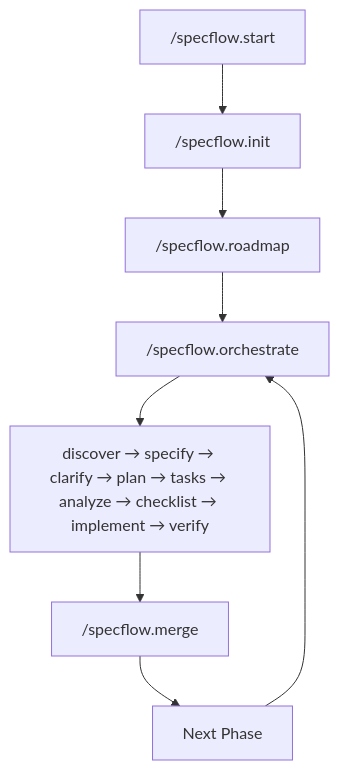
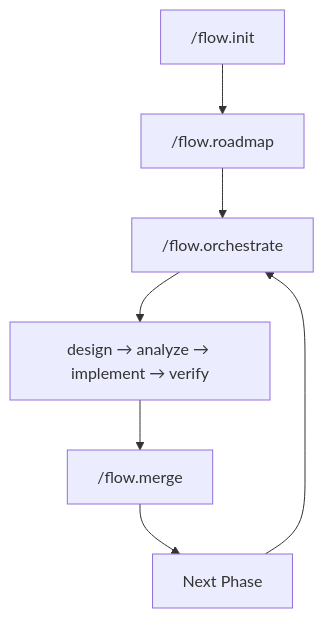
Before and after one commit to wiseyoda/claude-speckit-orchestration: the diagram in README.md, drawn with Mermaid. The commit also changed other lines of this file and 166 other files, not shown here.

````diff
--- a/README.md
+++ b/README.md
@@ -87,10 +92,9 @@
 ```mermaid
 flowchart TD
-    A["/specflow.start"] --> B["/specflow.init"]
-    B --> C["/specflow.roadmap"]
-    C --> D["/specflow.orchestrate"]
-    D --> E["discover → specify → clarify → plan → tasks → analyze → checklist → implement → verify"]
-    E --> F["/specflow.merge"]
-    F --> G["Next Phase"]
-    G --> D
+    A["/flow.init"] --> B["/flow.roadmap"]
+    B --> C["/flow.orchestrate"]
+    C --> D["design → analyze → implement → verify"]
+    D --> E["/flow.merge"]
+    E --> F["Next Phase"]
+    F --> C
 ```
````
